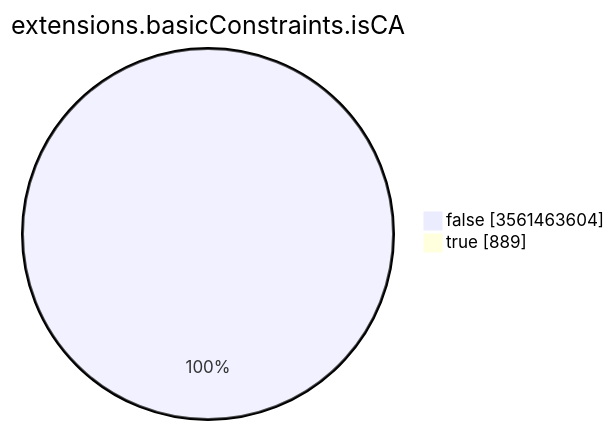
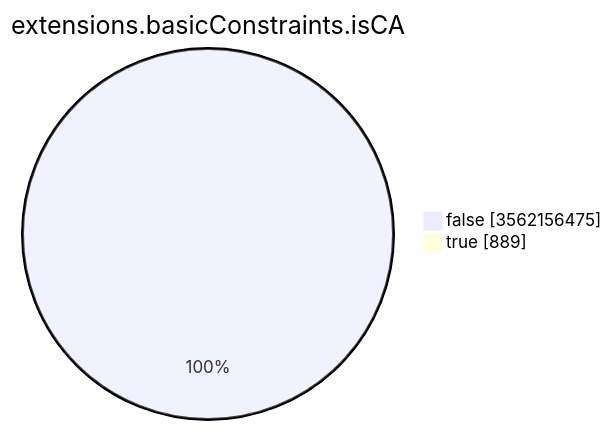
The seventh of 15 diagrams in TOTAL/README.md (christiankrug/ctmonitor_visualization), drawn with Mermaid before and after one commit. The commit also changed other lines of this file, not shown here.

````diff
--- a/TOTAL/README.md
+++ b/TOTAL/README.md
@@ -3094,6 +3094,6 @@
 ```mermaid
 pie showData
 title extensions.basicConstraints.isCA
-"false" :3561463604
+"false" :3562156475
 "true" :889
 ```
````
